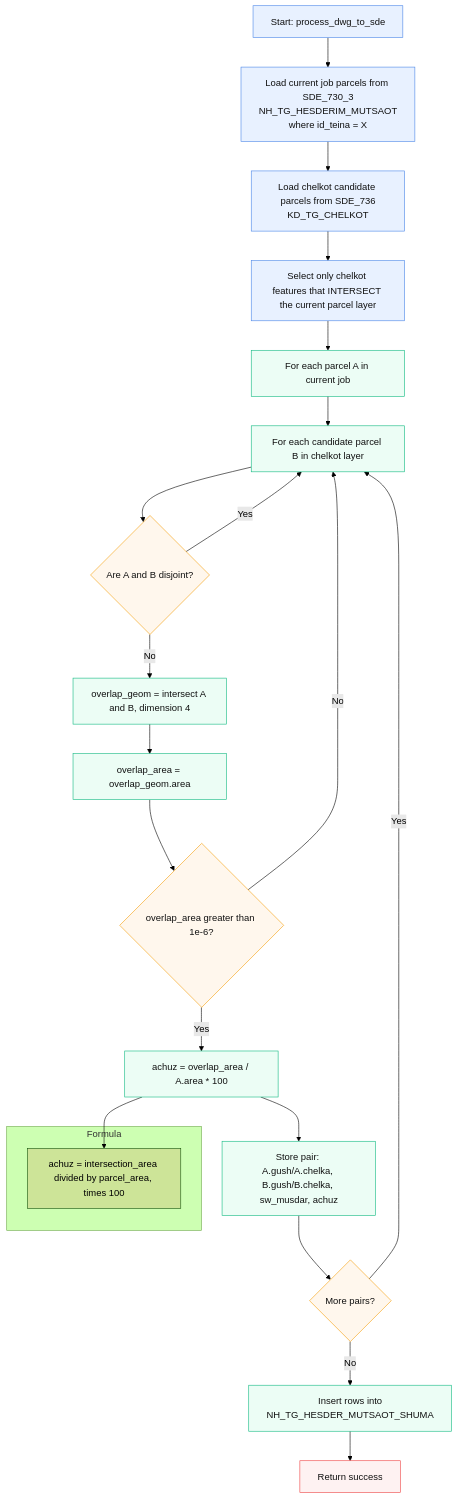
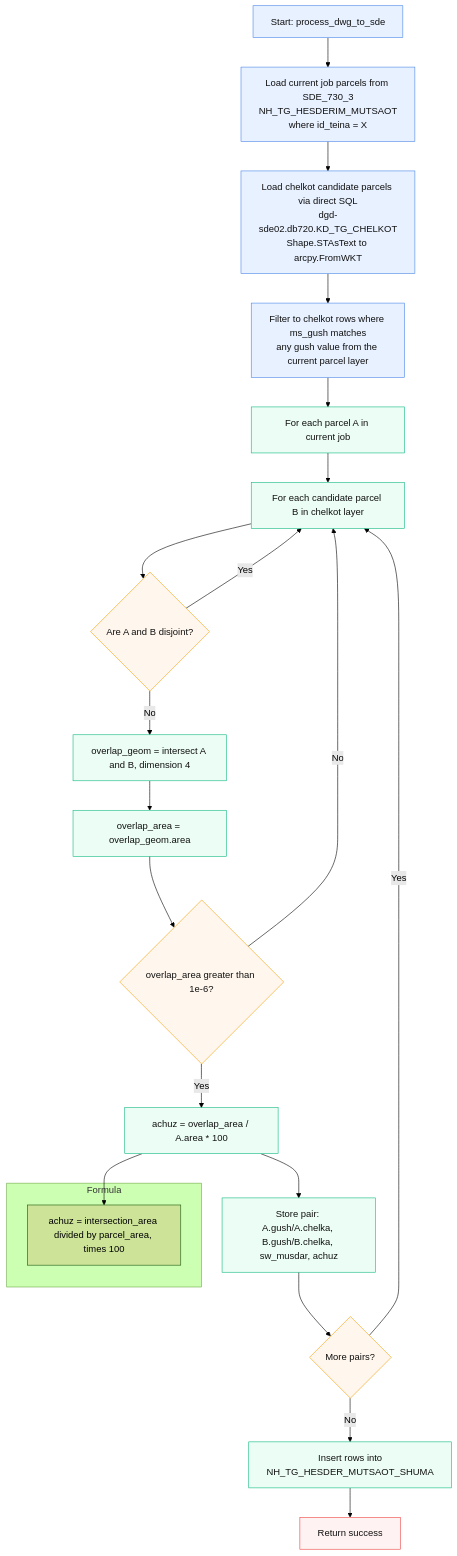
Before and after one commit to mosmos/NH3: the diagram in overlap_parcels.mmd, drawn with Mermaid (forest theme). The commit also changed 9 other files, not shown here.

First line of the commit message:
Select chelkot from 720 intersecting DWG parcel envelope

```diff
--- a/overlap_parcels.mmd
+++ b/overlap_parcels.mmd
@@ -1,34 +1,34 @@
 flowchart TD
     A[Start: process_dwg_to_sde] --> B[Load current job parcels from SDE_730_3<br/>NH_TG_HESDERIM_MUTSAOT<br/>where id_teina = X]
-    B --> C[Load chelkot candidate parcels from SDE_736<br/>KD_TG_CHELKOT]
-    C --> D[Select only chelkot features that INTERSECT the current parcel layer]
+    B --> C[Load chelkot candidate parcels via direct SQL<br/>dgd-sde02.db720.KD_TG_CHELKOT<br/>Shape.STAsText to arcpy.FromWKT]
+    C --> D[Filter to chelkot rows where ms_gush matches<br/>any gush value from the current parcel layer]
     D --> E[For each parcel A in current job]
     E --> F[For each candidate parcel B in chelkot layer]
     F --> G{"Are A and B disjoint?"}
     G -- Yes --> F
     G -- No --> H["overlap_geom = intersect A and B, dimension 4"]
     H --> I["overlap_area = overlap_geom.area"]
     I --> J{"overlap_area greater than 1e-6?"}
     J -- No --> F
     J -- Yes --> K[achuz = overlap_area / A.area * 100]
     K --> L[Store pair: A.gush/A.chelka, B.gush/B.chelka, sw_musdar, achuz]
     L --> M{More pairs?}
     M -- Yes --> F
     M -- No --> N[Insert rows into<br/>NH_TG_HESDER_MUTSAOT_SHUMA]
     N --> O[Return success]
 
     classDef source fill:#e8f1ff,stroke:#4a86e8,stroke-width:1px,color:#111;
     classDef step fill:#ecfdf5,stroke:#10b981,stroke-width:1px,color:#111;
     classDef decision fill:#fff7ed,stroke:#f59e0b,stroke-width:1px,color:#111;
     classDef output fill:#fef2f2,stroke:#ef4444,stroke-width:1px,color:#111;
 
     class A,B,C,D source;
     class E,F,H,I,K,L,N step;
     class G,J,M decision;
     class O output;
 
     %% Formula shown inline for clarity
     subgraph Formula
         F1["achuz = intersection_area divided by parcel_area, times 100"]
     end
     K --> F1
```
